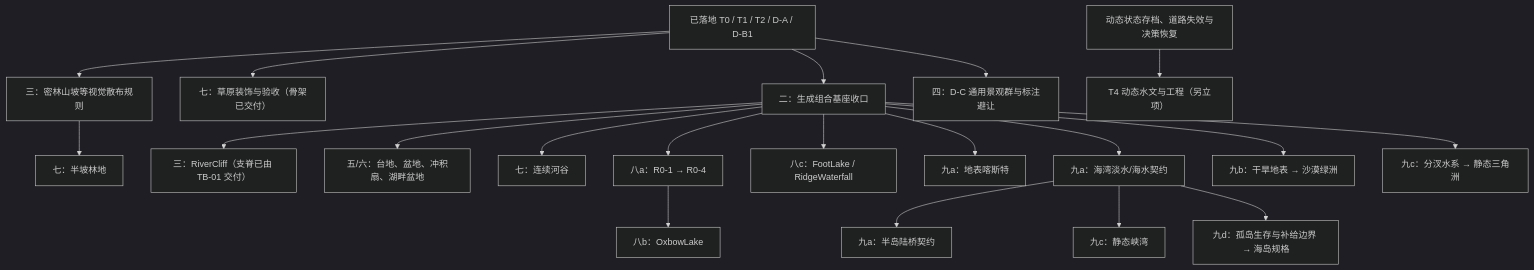
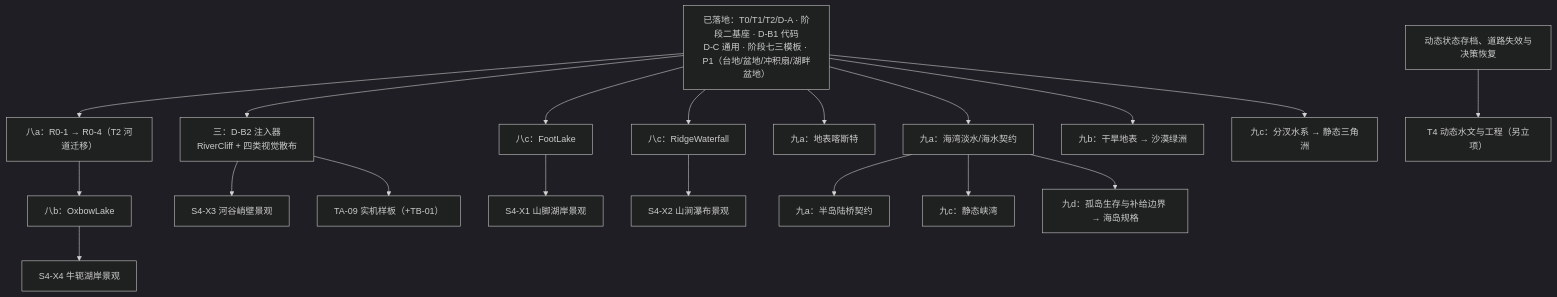
One commit to g39088902/FlowAndAccord changed the first of 2 diagrams in docs/plan/tech/06-terrain-templates.md. Above: the diagram before and after it, drawn with Mermaid (dark theme). The commit also changed other lines of this file and 29 other files, not shown here.

````diff
--- a/docs/plan/tech/06-terrain-templates.md
+++ b/docs/plan/tech/06-terrain-templates.md
@@ -28,22 +47,22 @@
 ```mermaid
 flowchart TD
-    B["已落地 T0 / T1 / T2 / D-A / D-B1"] --> S2["二：生成组合基座收口"]
-    B --> G["七：草原装饰与验收（骨架已交付）"]
-    B --> F["三：密林山坡等视觉散布规则"]
-    F --> H["七：半坡林地"]
-    B --> DC["四：D-C 通用景观群与标注避让"]
-    S2 --> C["三：RiverCliff（支脊已由 TB-01 交付）"]
-    S2 --> P["五/六：台地、盆地、冲积扇、湖畔盆地"]
-    S2 --> V["七：连续河谷"]
-    S2 --> R["八a：R0-1 → R0-4"]
+    B["已落地：T0/T1/T2/D-A · 阶段二基座 · D-B1 代码<br/>D-C 通用 · 阶段七三模板 · P1（台地/盆地/冲积扇/湖畔盆地）"]
+    B --> C["三：D-B2 注入器<br/>RiverCliff + 四类视觉散布"]
+    B --> E1["八c：FootLake"]
+    B --> E2["八c：RidgeWaterfall"]
+    B --> R["八a：R0-1 → R0-4（T2 河道迁移）"]
     R --> O["八b：OxbowLake"]
-    S2 --> W["八c：FootLake / RidgeWaterfall"]
-    S2 --> K["九a：地表喀斯特"]
-    S2 --> SEA["九a：海湾淡水/海水契约"]
+    C --> X3["S4-X3 河谷峭壁景观"]
+    C --> TA["TA-09 实机样板（+TB-01）"]
+    E1 --> X1["S4-X1 山脚湖岸景观"]
+    E2 --> X2["S4-X2 山涧瀑布景观"]
+    O --> X4["S4-X4 牛轭湖岸景观"]
+    B --> K["九a：地表喀斯特"]
+    B --> SEA["九a：海湾淡水/海水契约"]
     SEA --> PEN["九a：半岛陆桥契约"]
+    B --> DRY["九b：干旱地表 → 沙漠绿洲"]
+    B --> BR["九c：分汊水系 → 静态三角洲"]
     SEA --> FI["九c：静态峡湾"]
-    S2 --> DRY["九b：干旱地表 → 沙漠绿洲"]
-    S2 --> BR["九c：分汊水系 → 静态三角洲"]
     SEA --> IS["九d：孤岛生存与补给边界 → 海岛规格"]
     DY["动态状态存档、道路失效与决策恢复"] --> T4["T4 动态水文与工程（另立项）"]
 ```
````
